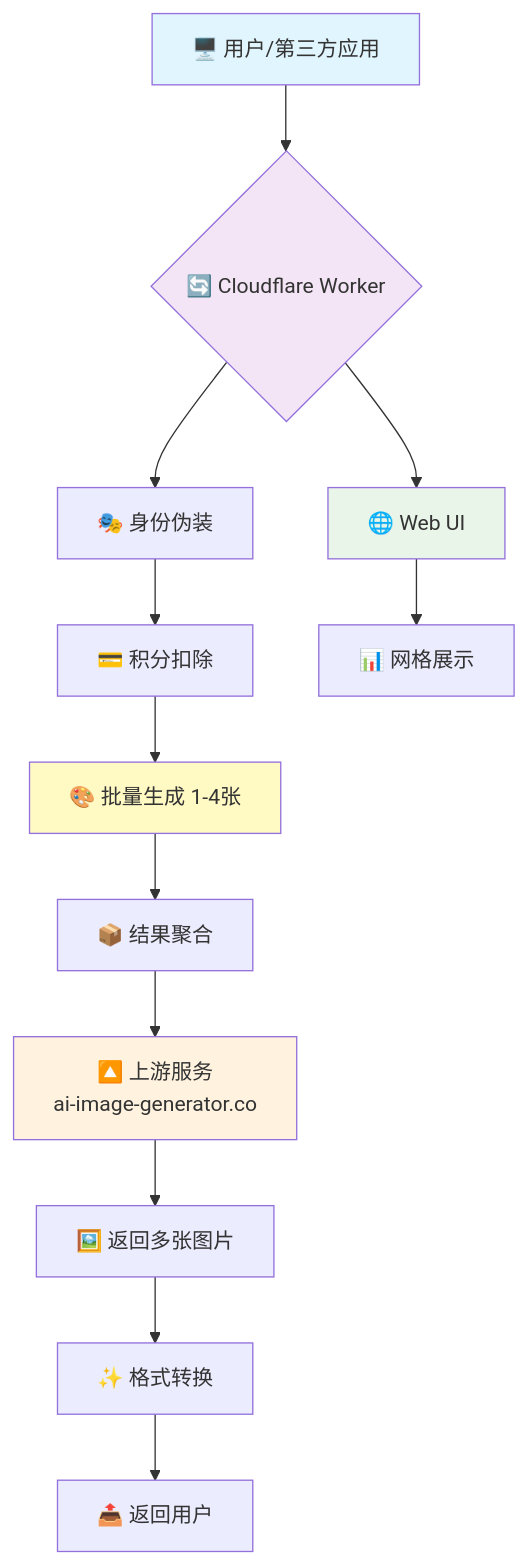
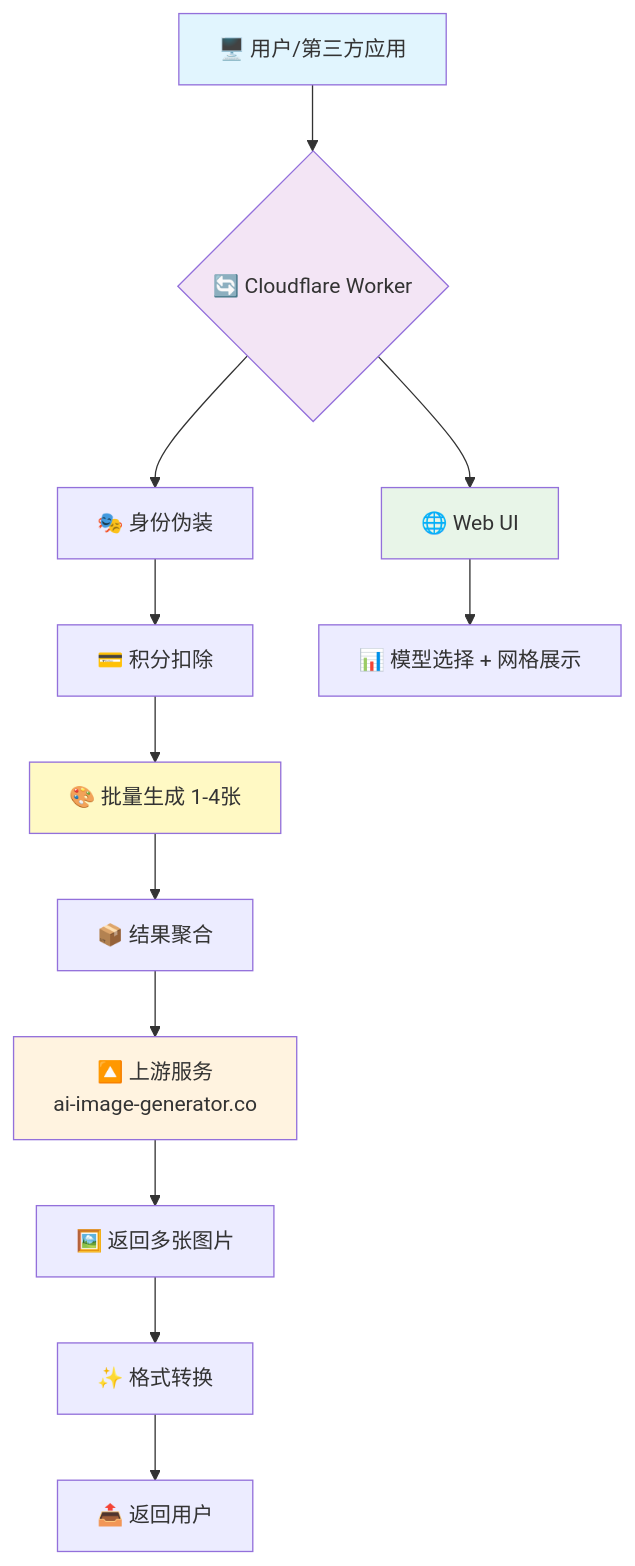
One commit to kinai9661/fluxai changed the first of 2 diagrams in README.md. Above: the diagram before and after it, drawn with Mermaid. The commit also changed other lines of this file, not shown here.

````diff
--- a/README.md
+++ b/README.md
@@ -46,24 +61,24 @@
 ```mermaid
 flowchart TD
     A[🖥️ 用户/第三方应用] --> B{🔄 Cloudflare Worker}
     
     B --> C[🎭 身份伪装]
     C --> D[💳 积分扣除]
     D --> E[🎨 批量生成 1-4张]
     E --> F[📦 结果聚合]
     
     F --> G[🔼 上游服务<br/>ai-image-generator.co]
     G --> H[🖼️ 返回多张图片]
     
     H --> I[✨ 格式转换]
     I --> J[📤 返回用户]
     
     B --> K[🌐 Web UI]
-    K --> L[📊 网格展示]
+    K --> L[📊 模型选择 + 网格展示]
     
     style A fill:#e1f5fe
     style B fill:#f3e5f5
     style G fill:#fff3e0
     style K fill:#e8f5e8
     style E fill:#fff9c4
 ```
````
